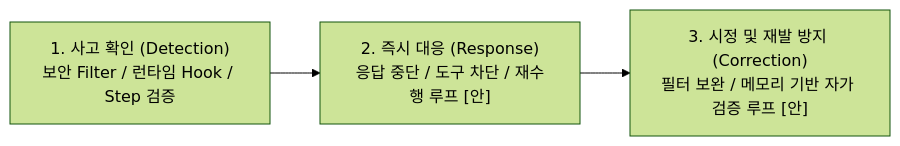
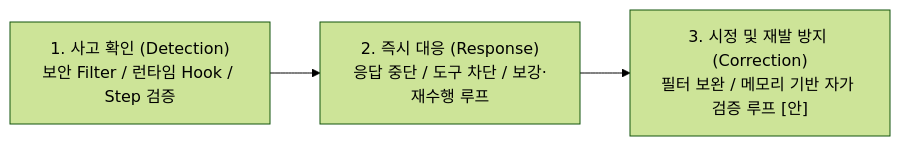
Before and after one commit to misjin05/playground: the second of 2 diagrams in AIS/Reports/Slide22_23_Update.md, drawn with Mermaid (forest theme). The commit also changed other lines of this file and 1 other file, not shown here.

Commit message:
Update Risk B Detection and Response with built-in test step-writer coverage reinforcement loop

````diff
--- a/AIS/Reports/Slide22_23_Update.md
+++ b/AIS/Reports/Slide22_23_Update.md
@@ -54,5 +54,5 @@
 ```mermaid
 graph LR
-    R1["1. 사고 확인 (Detection)<br/>보안 Filter / 런타임 Hook / Step 검증"] --> R2["2. 즉시 대응 (Response)<br/>응답 중단 / 도구 차단 / 재수행 루프 [안]"]
+    R1["1. 사고 확인 (Detection)<br/>보안 Filter / 런타임 Hook / Step 검증"] --> R2["2. 즉시 대응 (Response)<br/>응답 중단 / 도구 차단 / 보강·재수행 루프"]
     R2 --> R3["3. 시정 및 재발 방지 (Correction)<br/>필터 보완 / 메모리 기반 자가 검증 루프 [안]"]
 ```
````
